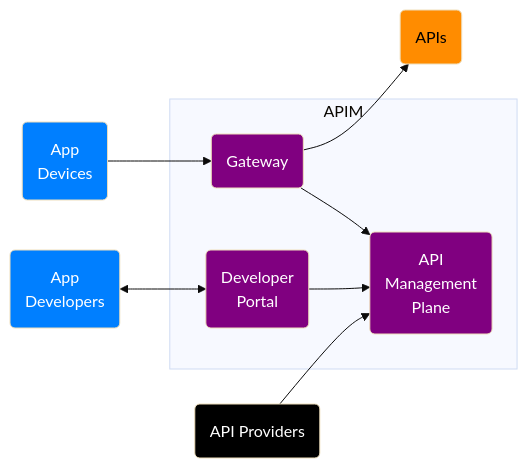
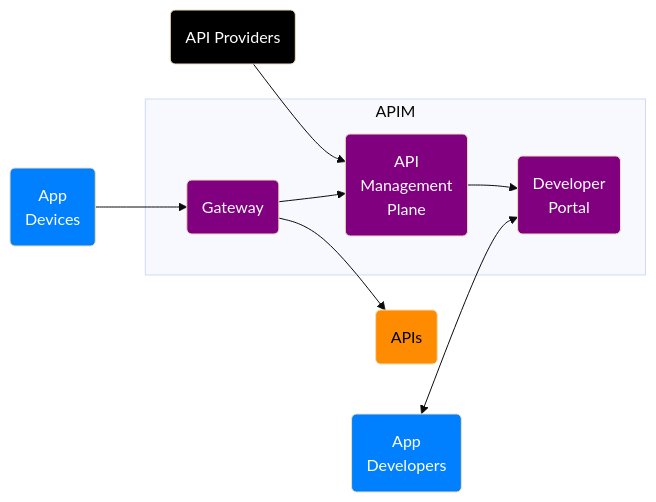
One commit to msalemor/azure-apim-networking changed the first of 4 diagrams in README.md. Above: the diagram before and after it, drawn with Mermaid (base theme).

````diff
--- a/README.md
+++ b/README.md
@@ -15,23 +15,23 @@
 ```mermaid
 graph LR;
   A(App<br/>Developers)<-->B;
   subgraph "APIM"
     B(Developer<br/>Portal);
     D(API<br/>Management<br/>Plane);
     E(Gateway);
   end;
-  B-->D;
+  D-->B;
   C(App<br/>Devices)-->E;
   E-->D;
   E-->G(APIs);
   H(API Providers)-->D;
   classDef internet fill:#007FFF,color:white;
   classDef unsafe fill:#ff3333,color:white;
   classDef semisafe fill:darkorange,color:black;
   classDef safe fill:purple,color:white;
   classDef text fill:black,color:white;
   class A,C internet;
   class B,D,E safe;
   class G semisafe;
   class H text;
 ```
````
